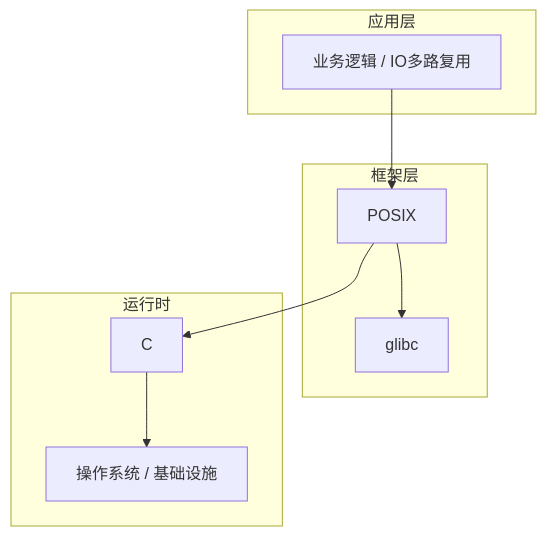
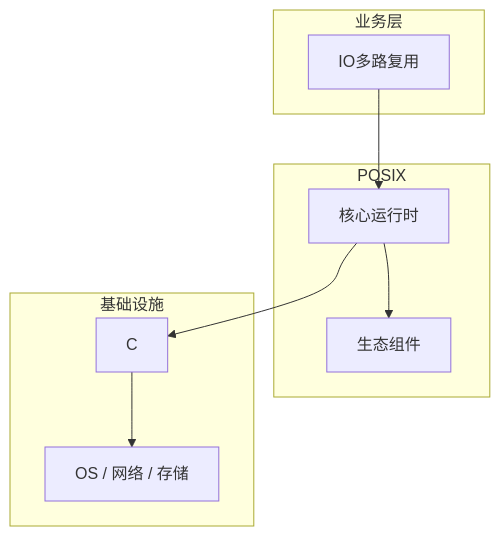
Before and after one commit to yanggan2015/knowledge-json-v2: the diagram in articles/Linux系统编程/chapters/073-IO多路复用核心概念与原理.md, drawn with Mermaid. The commit also changed other lines of this file and 10127 other files, not shown here.

````diff
--- a/articles/Linux系统编程/chapters/073-IO多路复用核心概念与原理.md
+++ b/articles/Linux系统编程/chapters/073-IO多路复用核心概念与原理.md
@@ -45,18 +34,18 @@
 ```mermaid
 graph TB
-    subgraph 应用层
-        A[业务逻辑 / IO多路复用]
+    subgraph 业务层
+        A[IO多路复用]
     end
-    subgraph 框架层
-        B[POSIX]
-        C[glibc]
+    subgraph POSIX
+        B[核心运行时]
+        C[生态组件]
     end
-    subgraph 运行时
+    subgraph 基础设施
         D[C]
-        E[操作系统 / 基础设施]
+        E[OS / 网络 / 存储]
     end
     A --> B
     B --> C
     B --> D
     D --> E
 ```
````
